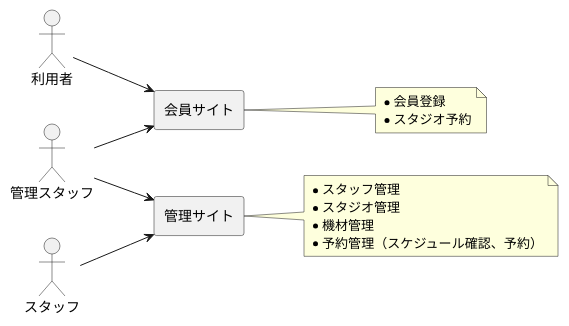
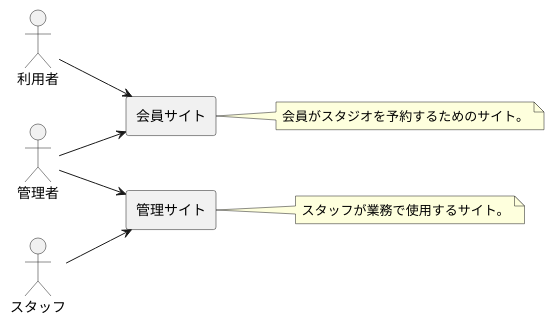
One commit to TakashiOnawa/ddd-practice-studio-reservation changed the diagram in modeling/SiteStructure.pu. Above: the diagram before and after it, drawn with PlantUML. The commit also changed 18 other files, not shown here.

Commit message:
ユースケース図削除

```diff
--- a/modeling/SiteStructure.pu
+++ b/modeling/SiteStructure.pu
@@ -1,29 +1,25 @@
 @startuml SiteStructure
 
 left to right direction
 
 actor 利用者
 actor スタッフ
-actor 管理スタッフ
+actor 管理者
 
 rectangle 会員サイト
 rectangle 管理サイト
 
 利用者 --> 会員サイト
 スタッフ --> 管理サイト
-管理スタッフ --> 管理サイト
-管理スタッフ --> 会員サイト
+管理者 --> 管理サイト
+管理者 --> 会員サイト
 
 note right of 会員サイト
-* 会員登録
-* スタジオ予約
+会員がスタジオを予約するためのサイト。
 end note
 
 note right of 管理サイト
-* スタッフ管理
-* スタジオ管理
-* 機材管理
-* 予約管理（スケジュール確認、予約）
+スタッフが業務で使用するサイト。
 end note
 
 @enduml
```
